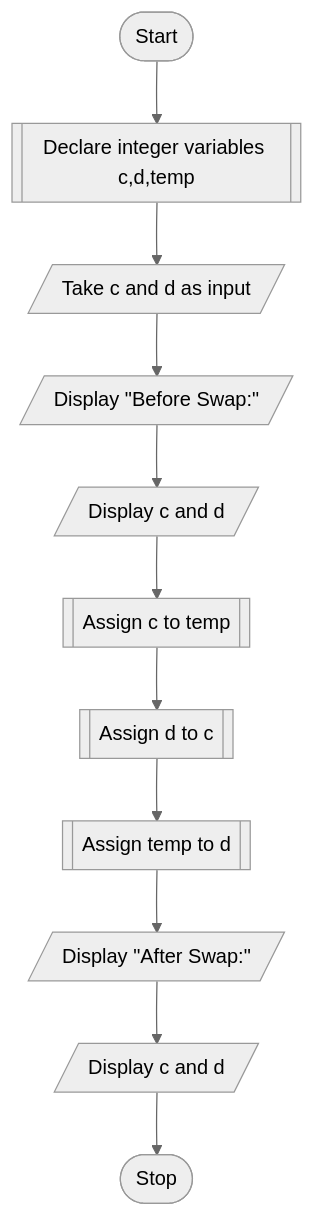
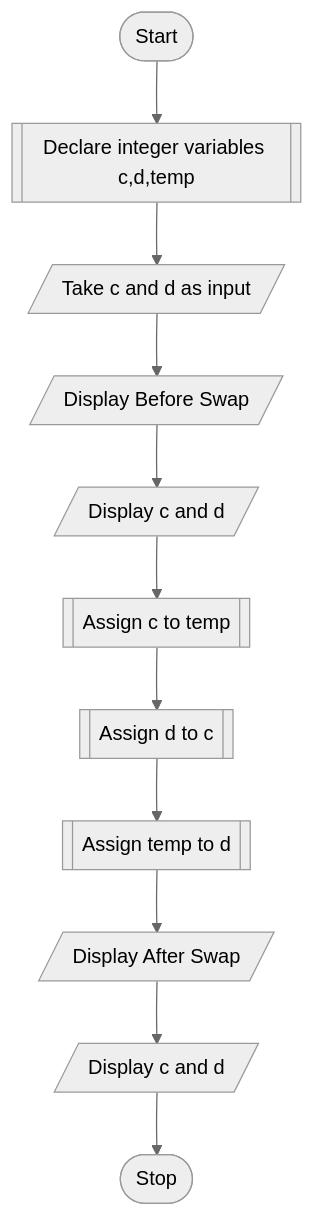
The diagram in Pseudocodes/Chapter-2/Problem6.md (Sree2011/Exercises-c-java-python), drawn with Mermaid (neutral theme) before and after one commit. The commit also changed other lines of this file, not shown here.

````diff
--- a/Pseudocodes/Chapter-2/Problem6.md
+++ b/Pseudocodes/Chapter-2/Problem6.md
@@ -35,14 +35,14 @@
 ```mermaid
 flowchart TD
 A([Start]) --> B[[Declare integer variables c,d,temp]]
 B --> C[/Take c and d as input/]
-C --> D[/Display "Before Swap:"/]
+C --> D[/Display Before Swap/]
 D --> E[/Display c and d/]
 E --> F[[Assign c to temp]]
 F --> G[[Assign d to c]]
 G --> H[[Assign temp to d]]
-H --> I[/Display "After Swap:"/]
+H --> I[/Display After Swap/]
 I --> J[/Display c and d/]
 J --> K([Stop])
 
 ```
````
